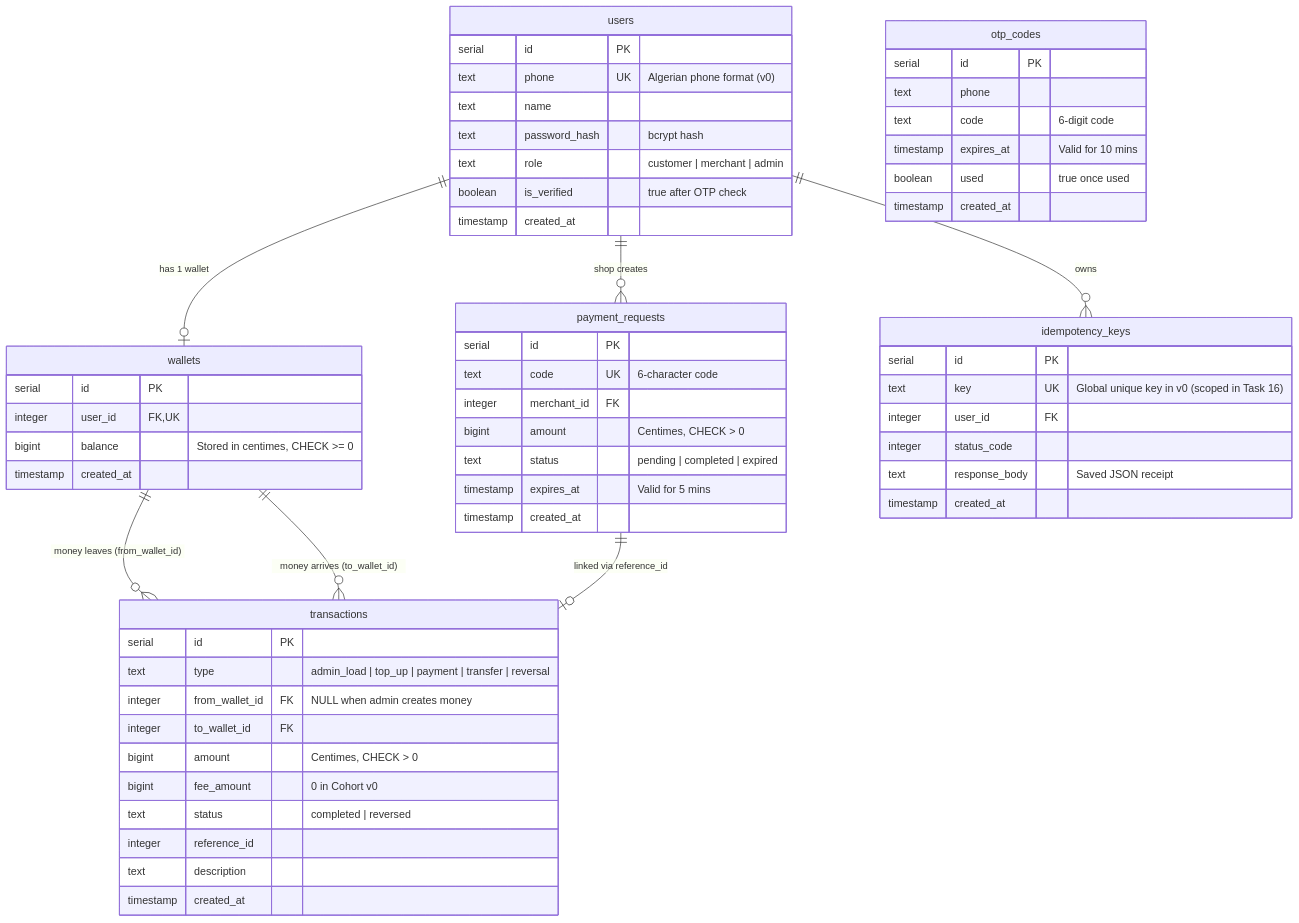
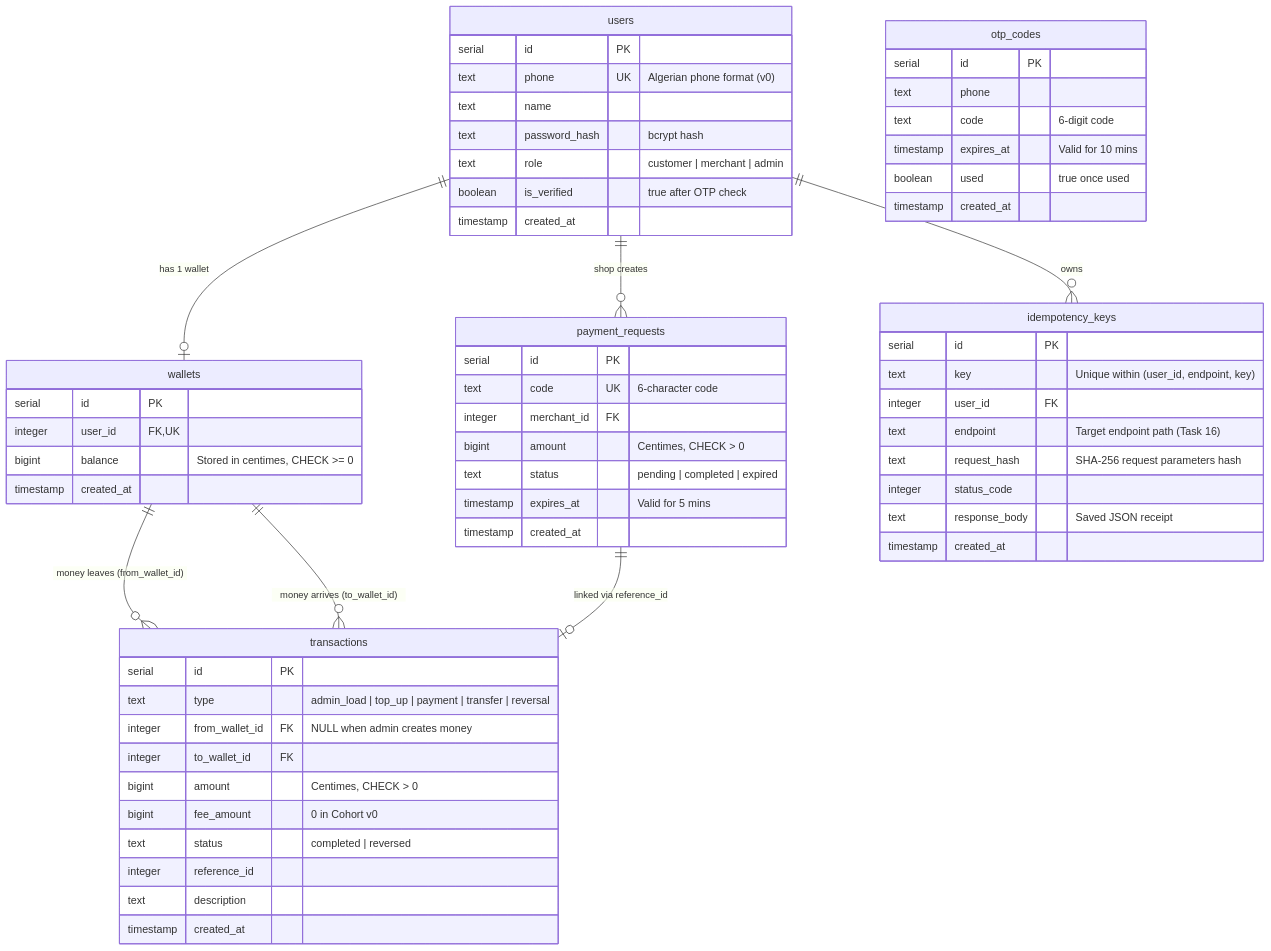
One commit to lyna-asma/project1-dtc changed the first of 3 diagrams in docs/02-data-model-and-ledger.md. Above: the diagram before and after it, drawn with Mermaid. The commit also changed other lines of this file and 14 other files, not shown here.

Commit message:
feat(task-16): scoped idempotency, auth-before-replay, advisory lock race fix, and overflow guard

````diff
--- a/docs/02-data-model-and-ledger.md
+++ b/docs/02-data-model-and-ledger.md
@@ -11,67 +11,69 @@
 ```mermaid
 erDiagram
     users ||--o| wallets : "has 1 wallet"
     users ||--o{ payment_requests : "shop creates"
     users ||--o{ idempotency_keys : "owns"
     wallets ||--o{ transactions : "money leaves (from_wallet_id)"
     wallets ||--o{ transactions : "money arrives (to_wallet_id)"
     payment_requests ||--o| transactions : "linked via reference_id"
 
     users {
         serial id PK
         text phone UK "Algerian phone format (v0)"
         text name
         text password_hash "bcrypt hash"
         text role "customer | merchant | admin"
         boolean is_verified "true after OTP check"
         timestamp created_at
     }
 
     otp_codes {
         serial id PK
         text phone
         text code "6-digit code"
         timestamp expires_at "Valid for 10 mins"
         boolean used "true once used"
         timestamp created_at
     }
 
     wallets {
         serial id PK
         integer user_id FK,UK
         bigint balance "Stored in centimes, CHECK >= 0"
         timestamp created_at
     }
 
     transactions {
         serial id PK
         text type "admin_load | top_up | payment | transfer | reversal"
         integer from_wallet_id FK "NULL when admin creates money"
         integer to_wallet_id FK
         bigint amount "Centimes, CHECK > 0"
         bigint fee_amount "0 in Cohort v0"
         text status "completed | reversed"
         integer reference_id
         text description
         timestamp created_at
     }
 
     payment_requests {
         serial id PK
         text code UK "6-character code"
         integer merchant_id FK
         bigint amount "Centimes, CHECK > 0"
         text status "pending | completed | expired"
         timestamp expires_at "Valid for 5 mins"
         timestamp created_at
     }
 
     idempotency_keys {
         serial id PK
-        text key UK "Global unique key in v0 (scoped in Task 16)"
+        text key "Unique within (user_id, endpoint, key)"
         integer user_id FK
+        text endpoint "Target endpoint path (Task 16)"
+        text request_hash "SHA-256 request parameters hash"
         integer status_code
         text response_body "Saved JSON receipt"
         timestamp created_at
     }
 ```
````
